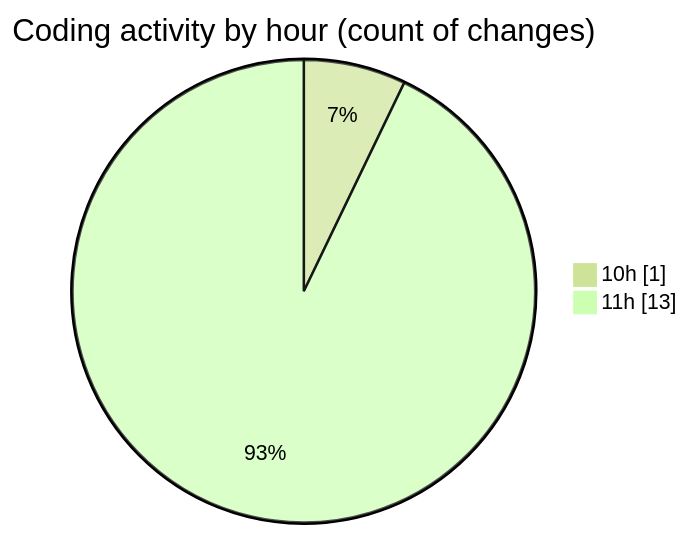
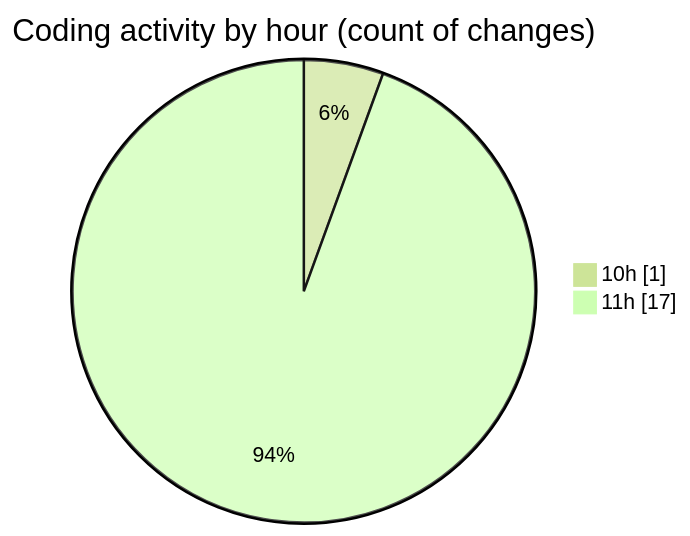
Before and after one commit to debugP/code-tracking: the second of 2 diagrams in 2025-10-03/untitled__workspace_/README.md, drawn with Mermaid (forest theme). The commit also changed other lines of this file and 1 other file, not shown here.

````diff
--- a/2025-10-03/untitled__workspace_/README.md
+++ b/2025-10-03/untitled__workspace_/README.md
@@ -28,6 +28,6 @@
 ```mermaid
 pie showData
 title Coding activity by hour (count of changes)
 "10h" : 1
-"11h" : 13
+"11h" : 17
 ```
````
